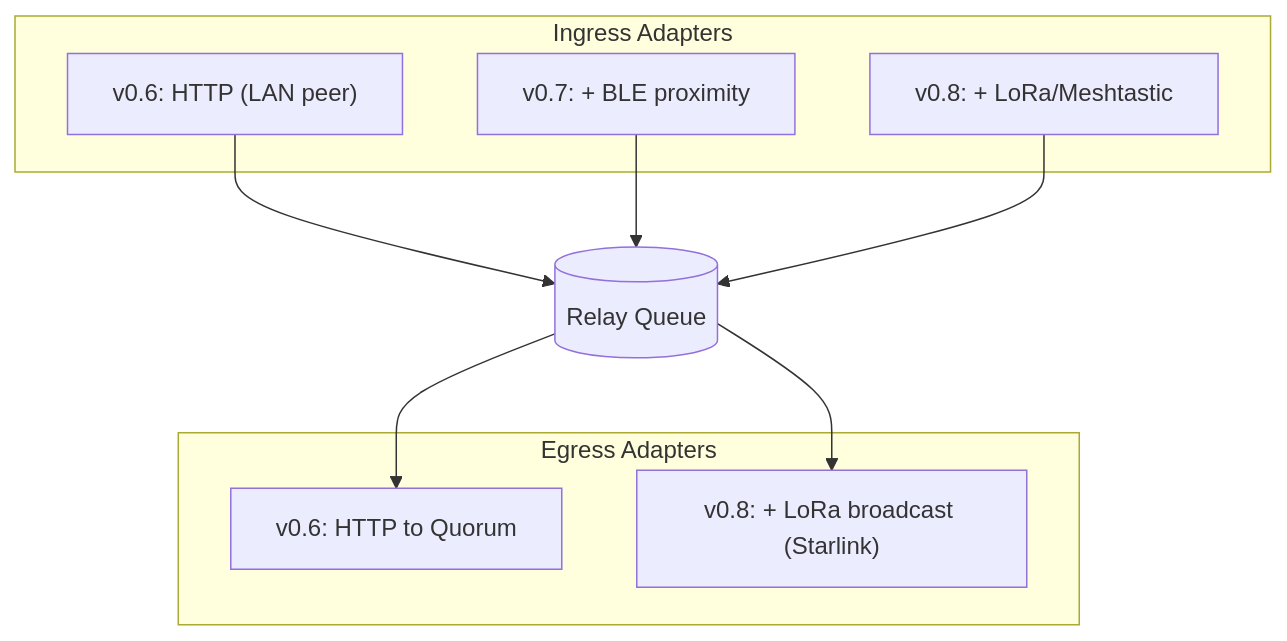
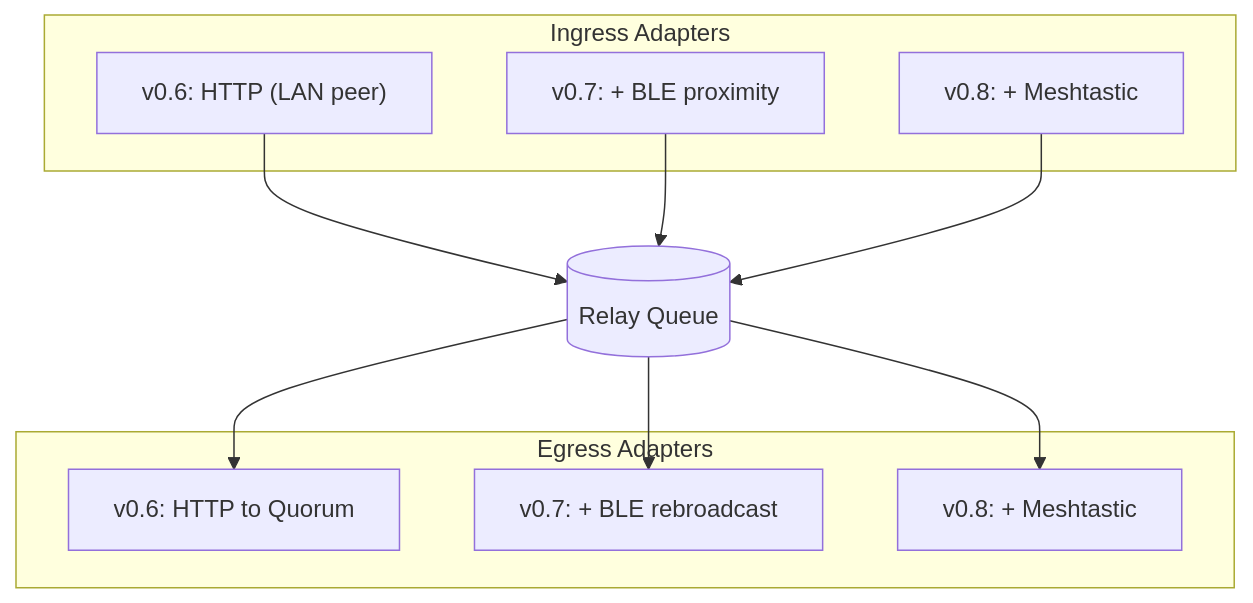
One commit to leon0399/ember changed the first of 2 diagrams in ROADMAP.md. Above: the diagram before and after it, drawn with Mermaid. The commit also changed other lines of this file and 1 other file, not shown here.

First line of the commit message:
docs: clarify BLE egress and Meshtastic bridge model

````diff
--- a/ROADMAP.md
+++ b/ROADMAP.md
@@ -184,21 +184,23 @@
 ```mermaid
 flowchart TD
     subgraph "Ingress Adapters"
         I1["v0.6: HTTP (LAN peer)"]
         I2["v0.7: + BLE proximity"]
-        I3["v0.8: + LoRa/Meshtastic"]
+        I3["v0.8: + Meshtastic"]
     end
 
     Q[(Relay Queue)]
 
     subgraph "Egress Adapters"
         E1["v0.6: HTTP to Quorum"]
-        E2["v0.8: + LoRa broadcast (Starlink)"]
+        E2["v0.7: + BLE rebroadcast"]
+        E3["v0.8: + Meshtastic"]
     end
 
     I1 --> Q
     I2 --> Q
     I3 --> Q
     Q --> E1
     Q --> E2
+    Q --> E3
 ```
````
